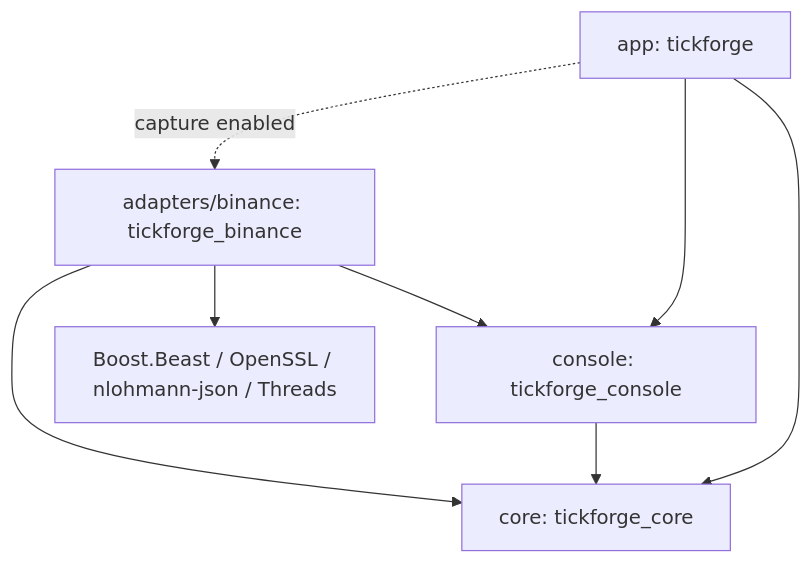
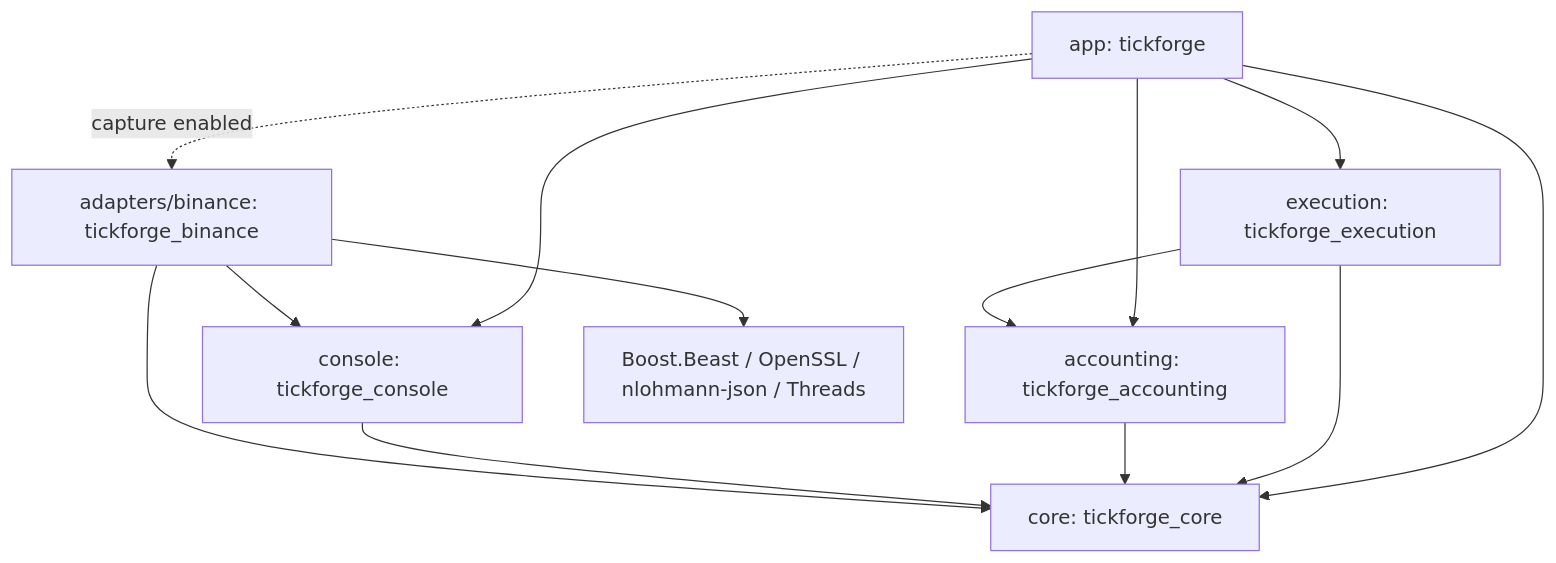
The first of 3 diagrams in docs/code-map.md (Prorok1015/tickforge), drawn with Mermaid before and after one commit. The commit also changed other lines of this file and 35 other files, not shown here.

````diff
--- a/docs/code-map.md
+++ b/docs/code-map.md
@@ -53,10 +66,15 @@
 ```mermaid
 flowchart TD
     App["app: tickforge"] --> Core["core: tickforge_core"]
     App --> Console["console: tickforge_console"]
+    App --> Execution["execution: tickforge_execution"]
+    App --> Accounting["accounting: tickforge_accounting"]
+    Execution --> Accounting
+    Execution --> Core
+    Accounting --> Core
     App -. "capture enabled" .-> Live["adapters/binance: tickforge_binance"]
     Console --> Core
     Live --> Core
     Live --> Console
     Live --> External["Boost.Beast / OpenSSL / nlohmann-json / Threads"]
 ```
````
